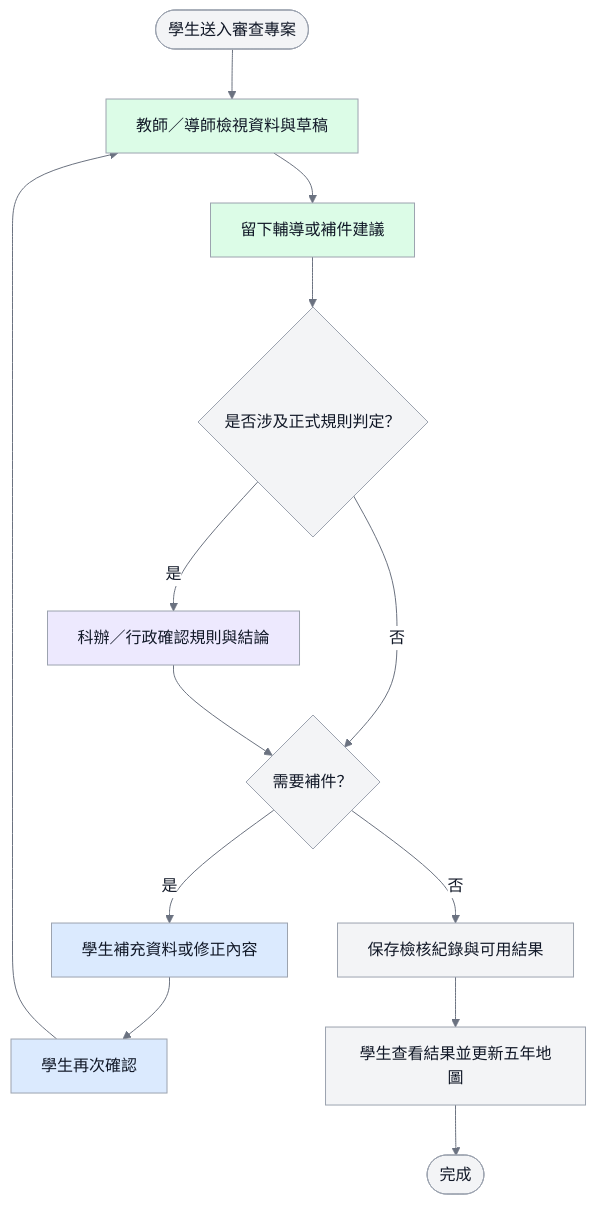
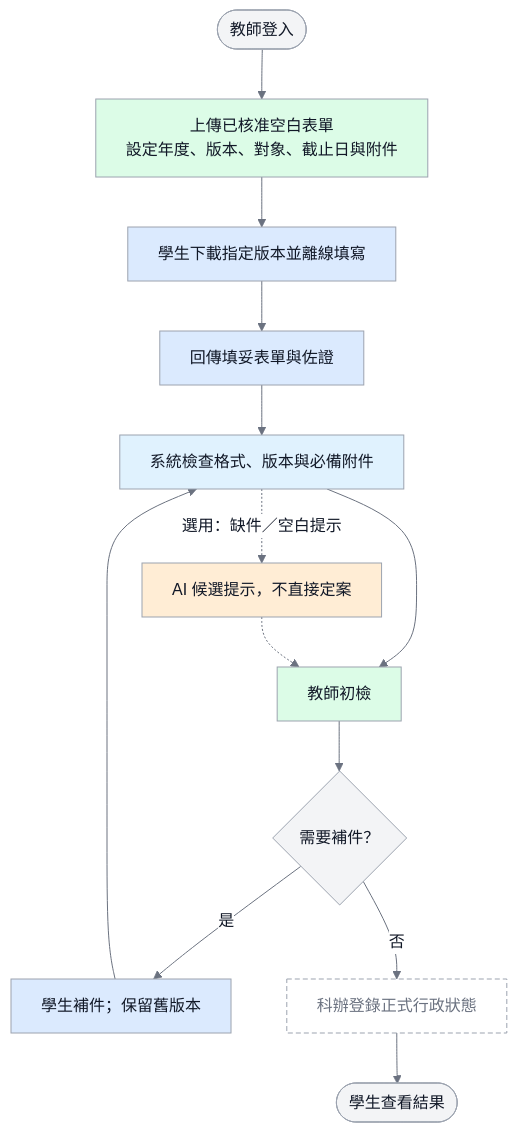
Before and after one commit to vujhdcusa/1028: the fourth of 13 diagrams in docs/04_圖表與介面/diagrams.md, drawn with Mermaid. The commit also changed other lines of this file and 116 other files, not shown here.

````diff
--- a/docs/04_圖表與介面/diagrams.md
+++ b/docs/04_圖表與介面/diagrams.md
@@ -75,21 +172,25 @@
 ```mermaid
-%%{init: {'theme':'base','themeVariables': {'fontFamily':'Microsoft JhengHei, Noto Sans TC, Arial, sans-serif','primaryColor':'#F3F4F6','primaryTextColor':'#111827','primaryBorderColor':'#9CA3AF','lineColor':'#6B7280','edgeLabelBackground':'#FFFFFF'}}}%%
+%%{init: {'theme':'base','themeVariables': {'fontFamily':'Microsoft JhengHei, Noto Sans TC, Arial, sans-serif','primaryColor':'#F3F4F6','primaryTextColor':'#111827','primaryBorderColor':'#9CA3AF','lineColor':'#6B7280','edgeLabelBackground':'#FFFFFF'},'flowchart':{'wrappingWidth':400}}}%%
 flowchart TD
     classDef student fill:#DBEAFE,stroke:#9CA3AF,color:#111827,stroke-width:1px;
     classDef teacher fill:#DCFCE7,stroke:#9CA3AF,color:#111827,stroke-width:1px;
-    classDef staff fill:#EDE9FE,stroke:#9CA3AF,color:#111827,stroke-width:1px;
-    classDef system fill:#F3F4F6,stroke:#9CA3AF,color:#111827,stroke-width:1px;
+    classDef admin fill:#EDE9FE,stroke:#9CA3AF,color:#111827,stroke-width:1px;
+    classDef system fill:#E0F2FE,stroke:#9CA3AF,color:#111827,stroke-width:1px;
+    classDef store fill:#F3F4F6,stroke:#9CA3AF,color:#111827,stroke-width:1px;
+    classDef ai fill:#FFEDD5,stroke:#9CA3AF,color:#111827,stroke-width:1px;
+    classDef alert fill:#FEE2E2,stroke:#9CA3AF,color:#111827,stroke-width:1px;
+    classDef pending fill:#FFFFFF,stroke:#9CA3AF,color:#6B7280,stroke-width:1px,stroke-dasharray:5 3;
 
-    Start([學生送入審查專案]) --> TeacherView[教師／導師檢視資料與草稿]:::teacher
-    TeacherView --> Advice[留下輔導或補件建議]:::teacher
-    Advice --> RuleCheck{是否涉及正式規則判定？}
-    RuleCheck -- 是 --> StaffCheck[科辦／行政確認規則與結論]:::staff
-    RuleCheck -- 否 --> NeedFix{需要補件？}
-    StaffCheck --> NeedFix
-    NeedFix -- 是 --> StudentFix[學生補充資料或修正內容]:::student
-    StudentFix --> StudentConfirm[學生再次確認]:::student
-    StudentConfirm --> TeacherView
-    NeedFix -- 否 --> Record[保存檢核紀錄與可用結果]:::system
-    Record --> Result[學生查看結果並更新五年地圖]:::system
-    Result --> End([完成])
+    Start([教師登入]) --> Publish[上傳已核准空白表單<br/>設定年度、版本、對象、截止日與附件]:::teacher
+    Publish --> Download[學生下載指定版本並離線填寫]:::student
+    Download --> Submit[回傳填妥表單與佐證]:::student
+    Submit --> RuleCheck[系統檢查格式、版本與必備附件]:::system
+    RuleCheck --> TeacherView[教師初檢]:::teacher
+    RuleCheck -. 選用：缺件／空白提示 .-> AI[AI 候選提示，不直接定案]:::ai
+    AI -.-> TeacherView
+    TeacherView --> NeedFix{需要補件？}
+    NeedFix -- 是 --> StudentFix[學生補件；保留舊版本]:::student
+    StudentFix --> RuleCheck
+    NeedFix -- 否 --> StaffResult[科辦登錄正式行政狀態]:::pending
+    StaffResult --> End([學生查看結果])
 ```
````
